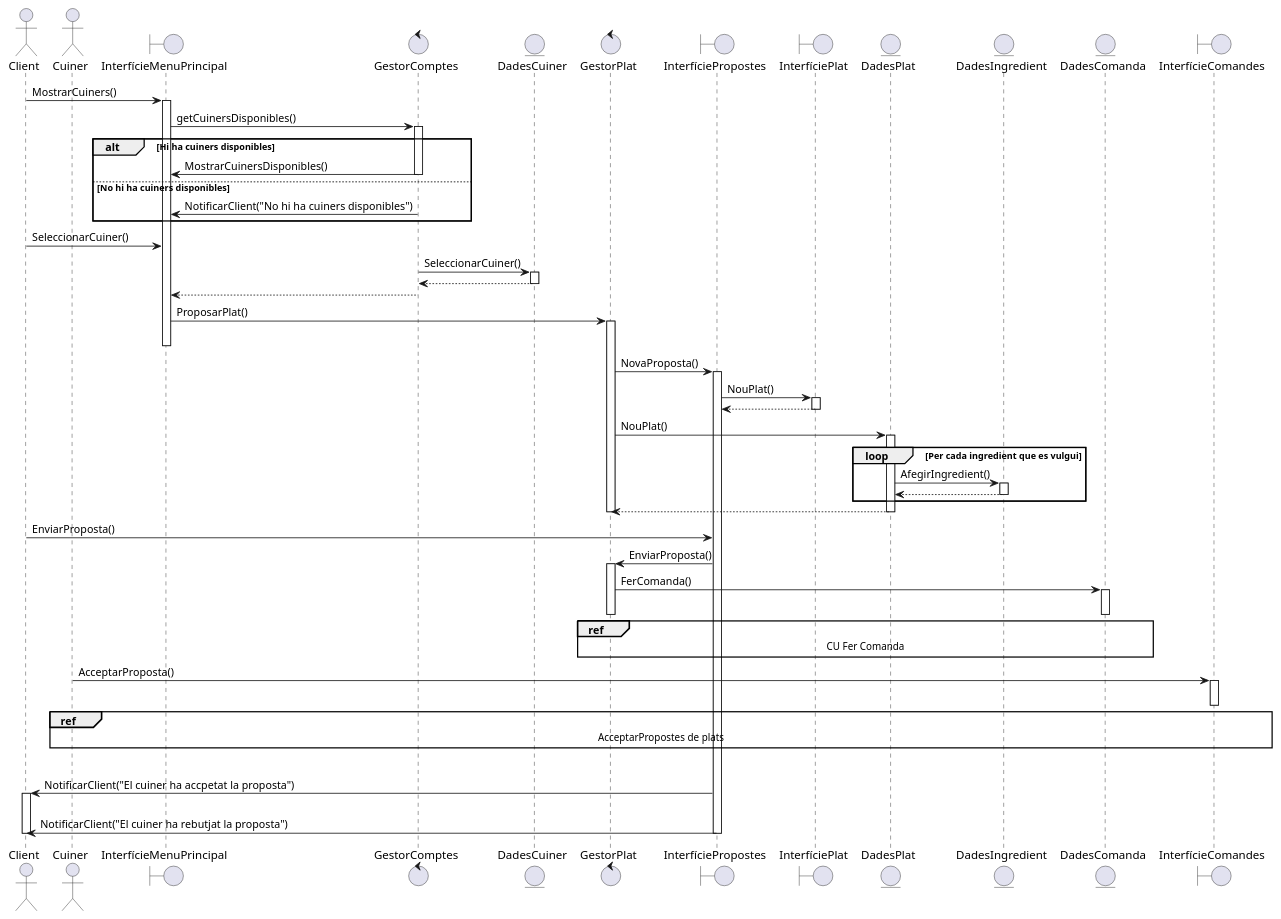
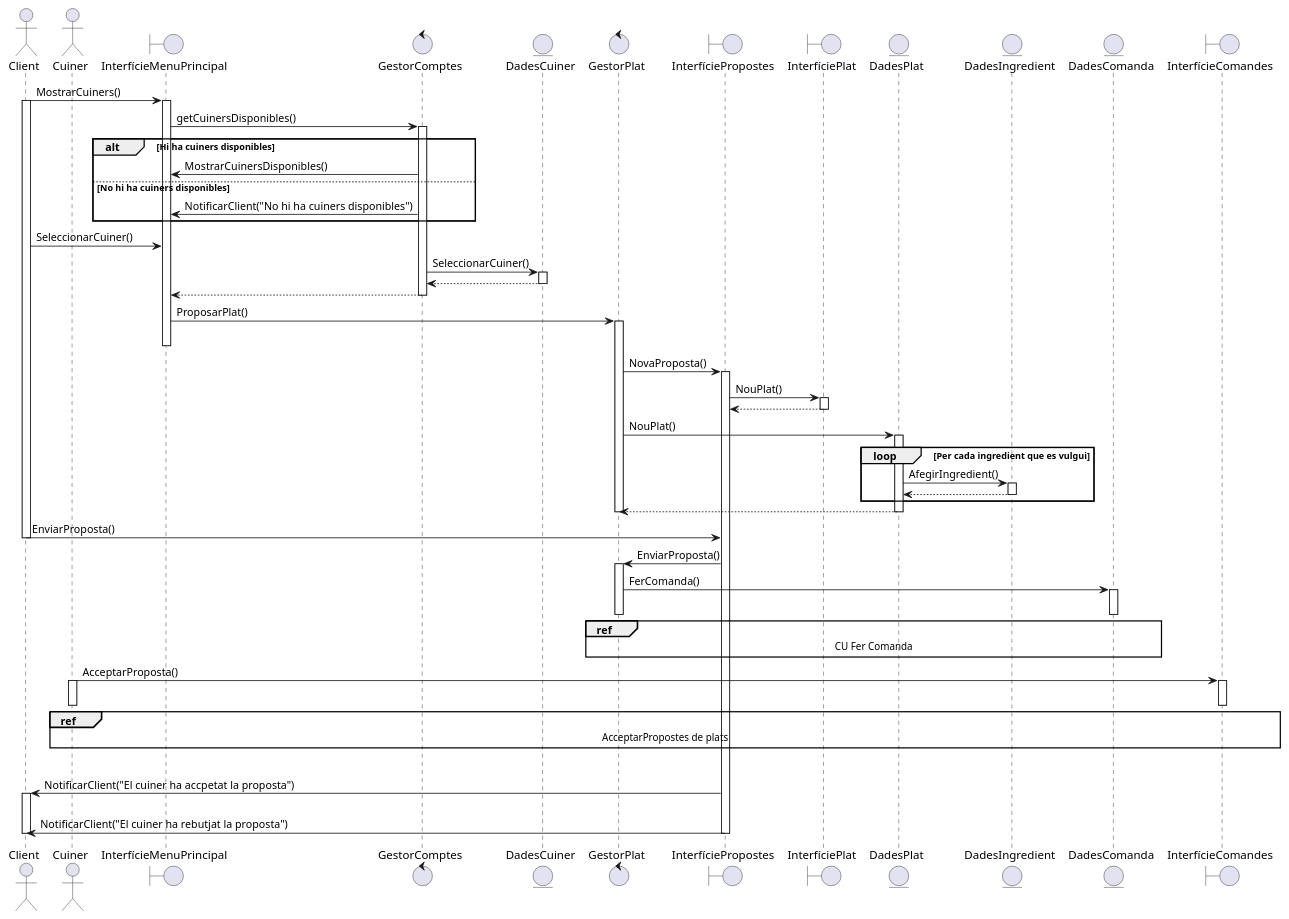
The diagram in documents/Diagrames i Especificacions/Seqüencia/seta/3 - Proposar Plats.puml (martipages/ES23UAB431-02), drawn with PlantUML before and after one commit. The commit also changed 26 other files, not shown here.

```diff
--- a/documents/Diagrames i Especificacions/Seqüencia/seta/3 - Proposar Plats.puml
+++ b/documents/Diagrames i Especificacions/Seqüencia/seta/3 - Proposar Plats.puml
@@ -1,67 +1,72 @@
 @startuml
 
 actor Client
 actor Cuiner
 
 boundary InterfícieMenuPrincipal
 control GestorComptes
 entity DadesCuiner
 
 control GestorPlat
 boundary InterfíciePropostes
 boundary InterfíciePlat
 entity DadesPlat
 entity DadesIngredient
 entity DadesComanda
 boundary InterfícieComandes
 
 Client->InterfícieMenuPrincipal++:MostrarCuiners()
+Client++
 InterfícieMenuPrincipal -> GestorComptes++:getCuinersDisponibles()
 alt Hi ha cuiners disponibles
-GestorComptes->InterfícieMenuPrincipal--:MostrarCuinersDisponibles()
+GestorComptes->InterfícieMenuPrincipal:MostrarCuinersDisponibles()
 
 else No hi ha cuiners disponibles
-GestorComptes->InterfícieMenuPrincipal--: NotificarClient("No hi ha cuiners disponibles")
+GestorComptes->InterfícieMenuPrincipal: NotificarClient("No hi ha cuiners disponibles")
 end
 
 Client->InterfícieMenuPrincipal:SeleccionarCuiner()
 GestorComptes->DadesCuiner++:SeleccionarCuiner()
 DadesCuiner-->GestorComptes
 DadesCuiner--
 GestorComptes-->InterfícieMenuPrincipal--
 
 InterfícieMenuPrincipal->GestorPlat++:ProposarPlat()
 InterfícieMenuPrincipal--
 
 GestorPlat->InterfíciePropostes++:NovaProposta()
 InterfíciePropostes->InterfíciePlat++:NouPlat()
 InterfíciePlat-->InterfíciePropostes
 InterfíciePlat--
 
 GestorPlat->DadesPlat++: NouPlat()
 loop Per cada ingredient que es vulgui
 DadesPlat->DadesIngredient++:AfegirIngredient()
 DadesIngredient-->DadesPlat--
 end
 DadesPlat-->GestorPlat
 GestorPlat--
 DadesPlat--
 Client->InterfíciePropostes:EnviarProposta()
+Client--
 InterfíciePropostes->GestorPlat++:EnviarProposta()
 GestorPlat->DadesComanda++:FerComanda()
 GestorPlat--
 DadesComanda--
 ref over DadesComanda,GestorPlat: CU Fer Comanda
 
 Cuiner->InterfícieComandes++:AcceptarProposta()
+Cuiner++
+Cuiner--
+
 InterfícieComandes--
 ref over Cuiner, InterfícieComandes: AcceptarPropostes de plats
 
 alt Si el cuiner ha acceptat la proposta
 InterfíciePropostes->Client++:NotificarClient("El cuiner ha accpetat la proposta")
 else Si no
 InterfíciePropostes->Client--:NotificarClient("El cuiner ha rebutjat la proposta")
 Client--
 
 
 @enduml
```
